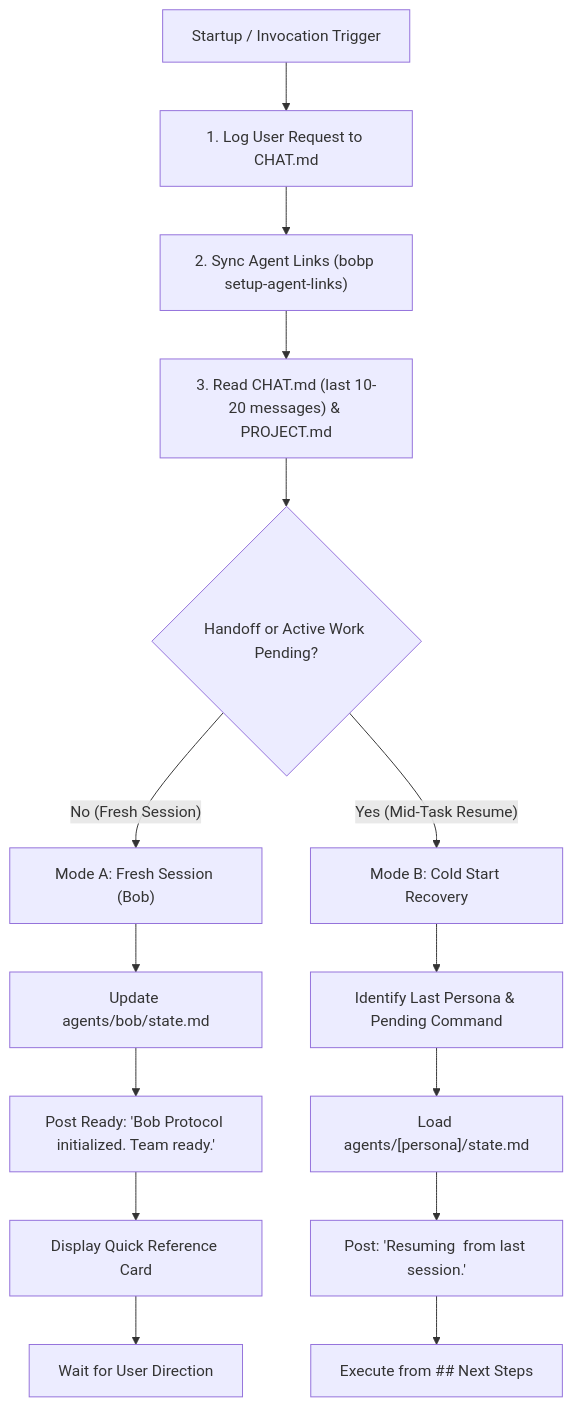
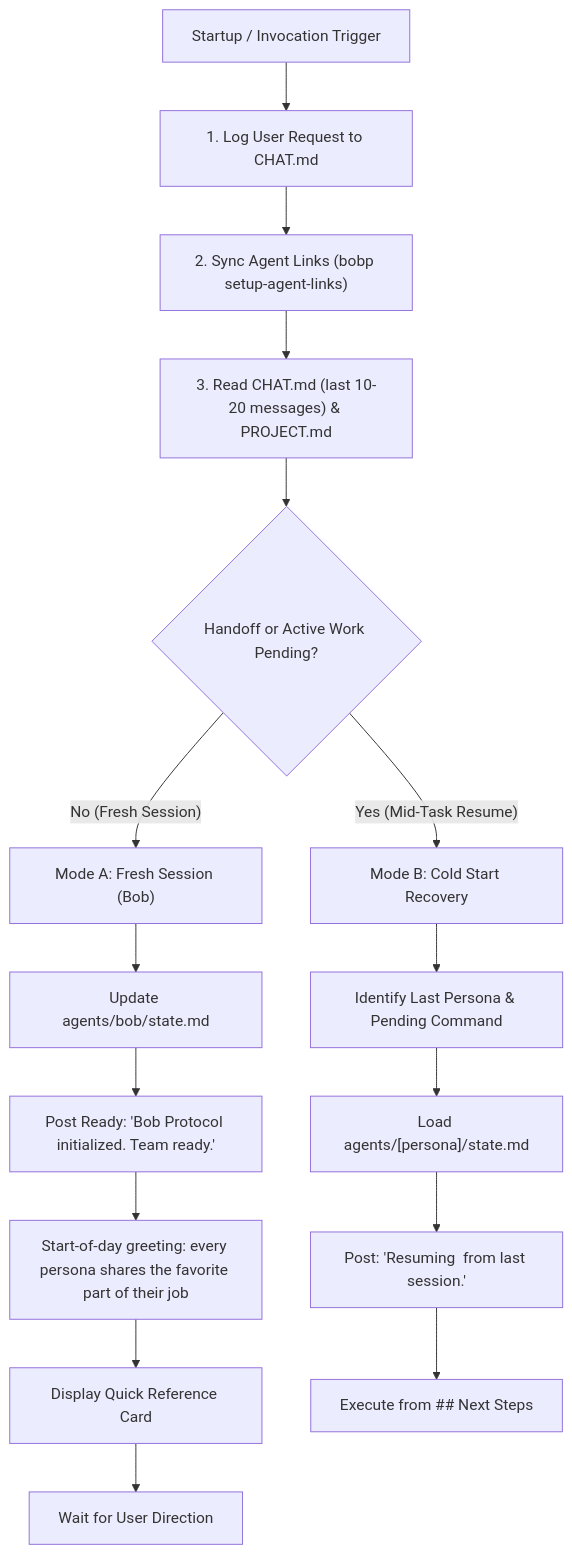
One commit to drusifer/bob_protocol changed the diagram in agents/skills/init/SKILL.md. Above: the diagram before and after it, drawn with Mermaid. The commit also changed other lines of this file and 1 other file, not shown here.

Commit message:
feat(init): add start-of-day greeting step

````diff
--- a/agents/skills/init/SKILL.md
+++ b/agents/skills/init/SKILL.md
@@ -39,17 +39,18 @@
 ```mermaid
 flowchart TD
     Start["Startup / Invocation Trigger"] --> Step1["1. Log User Request to CHAT.md"]
     Step1 --> Step2["2. Sync Agent Links (bobp setup-agent-links)"]
     Step2 --> Step3["3. Read CHAT.md (last 10-20 messages) & PROJECT.md"]
     Step3 --> Branch{"Handoff or Active Work Pending?"}
     Branch -- "No (Fresh Session)" --> ModeA["Mode A: Fresh Session (Bob)"]
     ModeA --> StepA1["Update agents/bob/state.md"]
     StepA1 --> StepA2["Post Ready: 'Bob Protocol initialized. Team ready.'"]
-    StepA2 --> StepA3["Display Quick Reference Card"]
+    StepA2 --> StepA2b["Start-of-day greeting: every persona shares the favorite part of their job"]
+    StepA2b --> StepA3["Display Quick Reference Card"]
     StepA3 --> WaitUser["Wait for User Direction"]
     Branch -- "Yes (Mid-Task Resume)" --> ModeB["Mode B: Cold Start Recovery"]
     ModeB --> StepB1["Identify Last Persona & Pending Command"]
     StepB1 --> StepB2["Load agents/[persona]/state.md"]
     StepB2 --> StepB3["Post: 'Resuming <task> from last session.'"]
     StepB3 --> Resume["Execute from ## Next Steps"]
 ```
````
